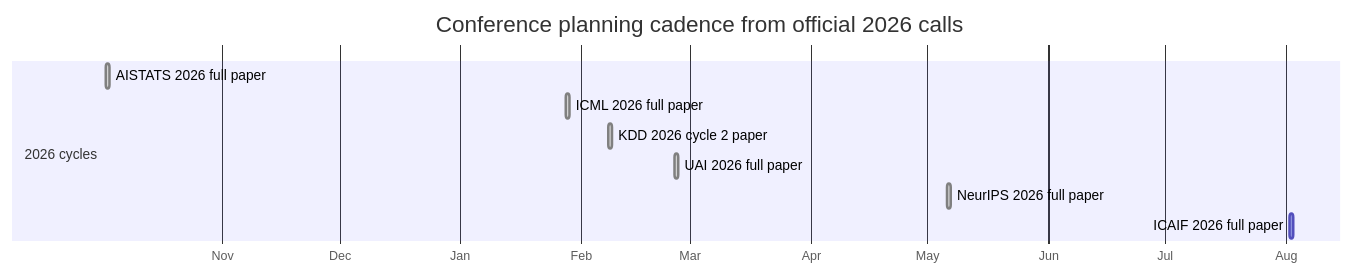
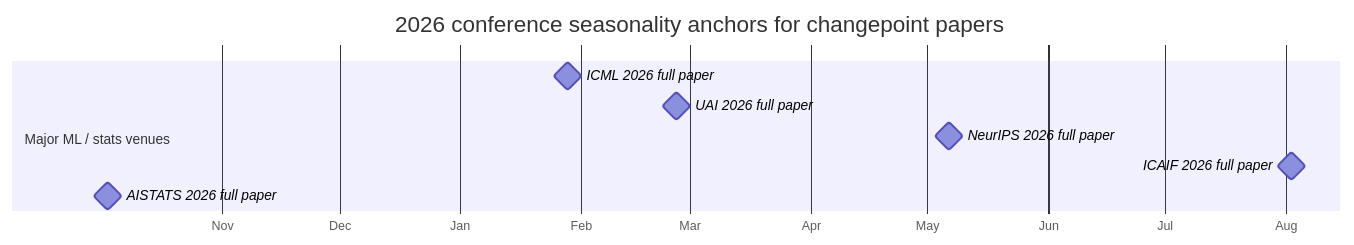
The second of 2 diagrams in deep-research-report.md (gigichen880/changept-detection), drawn with Mermaid before and after one commit. The commit also changed other lines of this file, not shown here.

````diff
--- a/deep-research-report.md
+++ b/deep-research-report.md
@@ -165,13 +412,12 @@
 ```mermaid
 gantt
-    title Conference planning cadence from official 2026 calls
-    dateFormat YYYY-MM-DD
-    axisFormat %b
-    section 2026 cycles
-    AISTATS 2026 full paper      :done, 2025-10-02, 1d
-    ICML 2026 full paper         :done, 2026-01-28, 1d
-    KDD 2026 cycle 2 paper       :done, 2026-02-08, 1d
-    UAI 2026 full paper          :done, 2026-02-25, 1d
-    NeurIPS 2026 full paper      :done, 2026-05-06, 1d
-    ICAIF 2026 full paper        :2026-08-02, 1d
+    title 2026 conference seasonality anchors for changepoint papers
+    dateFormat  YYYY-MM-DD
+    axisFormat  %b
+    section Major ML / stats venues
+    ICML 2026 full paper      :milestone, 2026-01-28, 1d
+    UAI 2026 full paper       :milestone, 2026-02-25, 1d
+    NeurIPS 2026 full paper   :milestone, 2026-05-06, 1d
+    ICAIF 2026 full paper     :milestone, 2026-08-02, 1d
+    AISTATS 2026 full paper   :milestone, 2025-10-02, 1d
 ```
````
